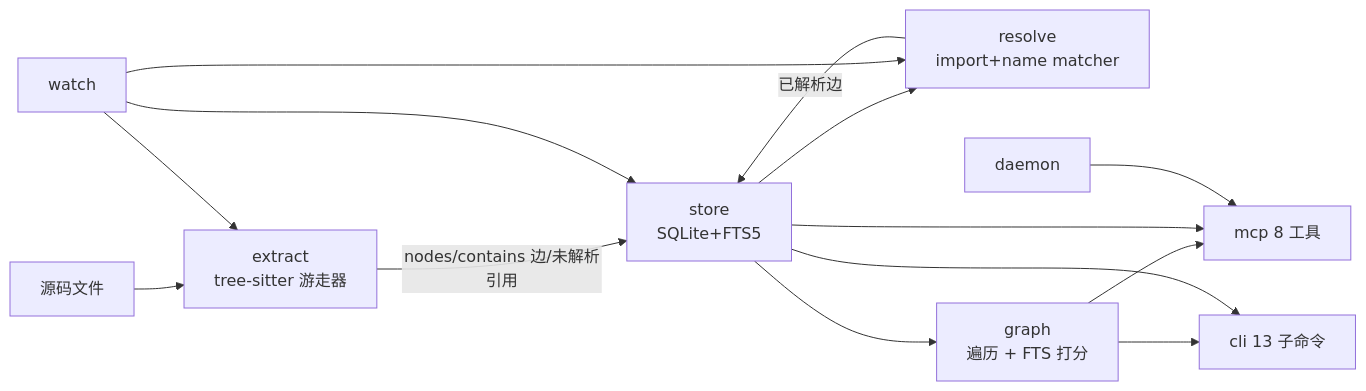
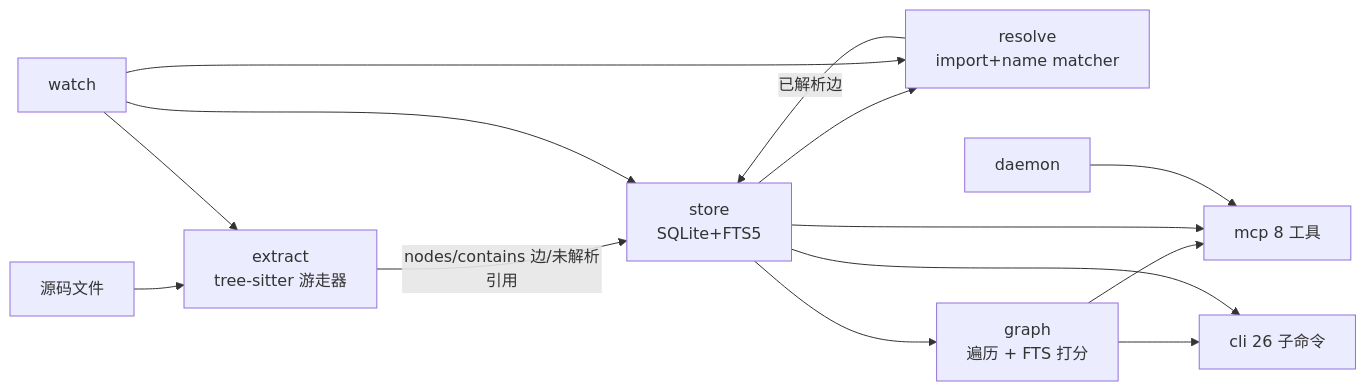
The second of 2 diagrams in docs/architecture.md (sunerpy/codegraph-rust), drawn with Mermaid before and after one commit. The commit also changed other lines of this file and 175 other files, not shown here.

````diff
--- a/docs/architecture.md
+++ b/docs/architecture.md
@@ -81,16 +81,16 @@
 ```mermaid
 graph LR
     src[源码文件] --> EX[extract<br/>tree-sitter 游走器]
     EX -->|nodes/contains 边/未解析引用| ST[store<br/>SQLite+FTS5]
     ST --> RS[resolve<br/>import+name matcher]
     RS -->|已解析边| ST
     ST --> GR[graph<br/>遍历 + FTS 打分]
     GR --> MCP[mcp 8 工具]
-    GR --> CLI[cli 13 子命令]
+    GR --> CLI[cli 26 子命令]
     ST --> MCP
     ST --> CLI
     DA[daemon] --> MCP
     WA[watch] --> EX
     WA --> RS
     WA --> ST
 ```
````
